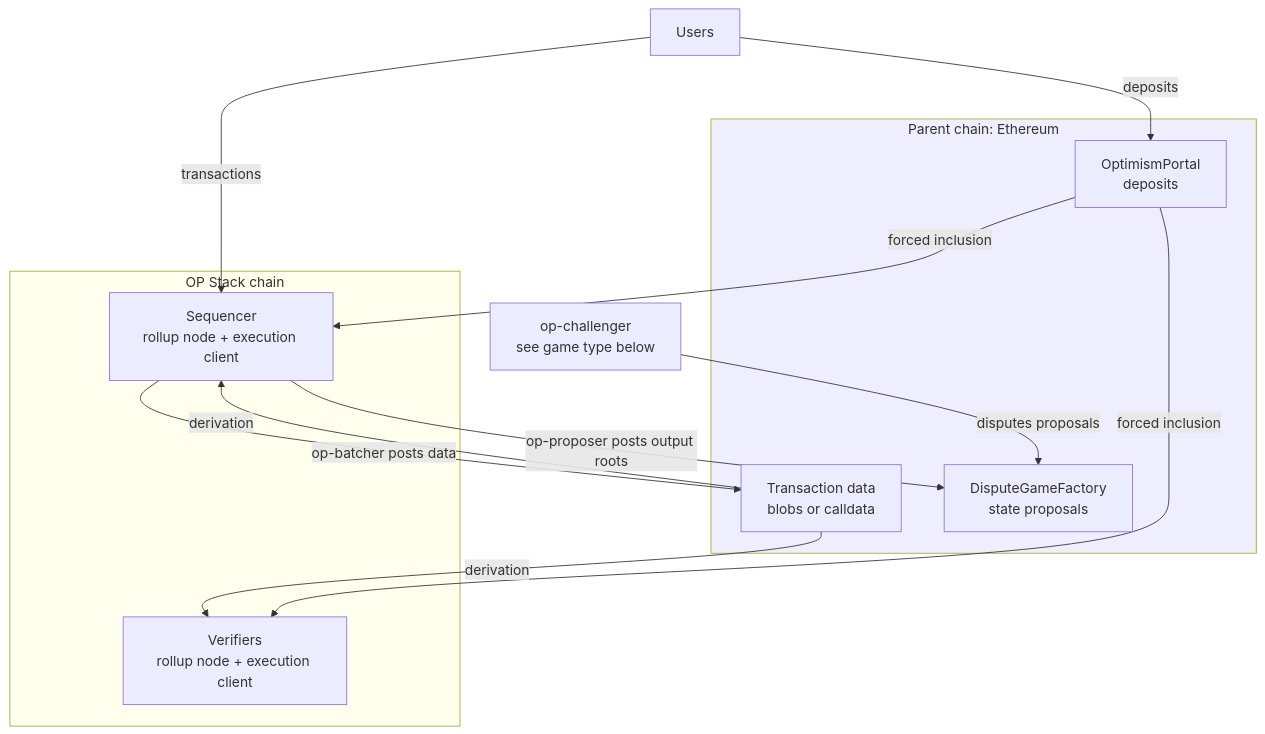
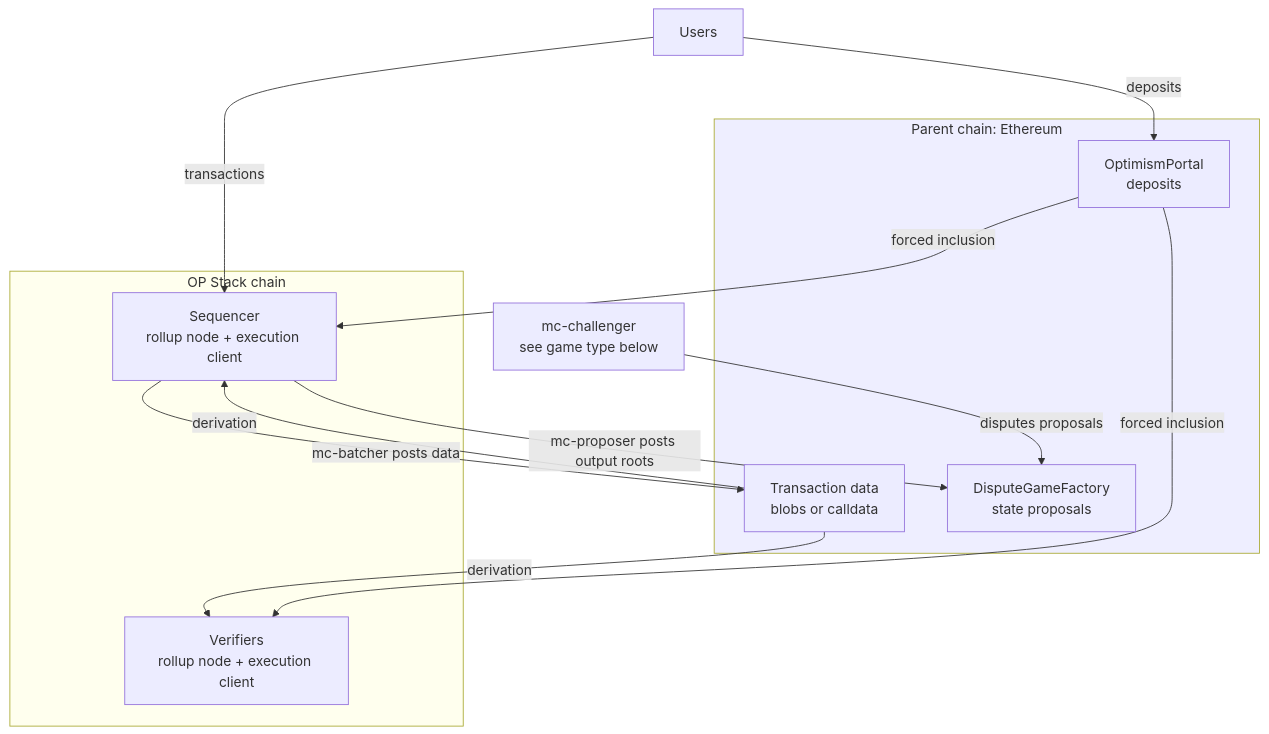
Before and after one commit to arunjot12/mind-chain: the first of 2 diagrams in docs/public-docs/op-stack/architecture.mdx, drawn with Mermaid. The commit also changed other lines of this file and 10211 other files, not shown here.

````diff
--- a/docs/public-docs/op-stack/architecture.mdx
+++ b/docs/public-docs/op-stack/architecture.mdx
@@ -48,31 +48,31 @@
 ```mermaid
 graph TB
   classDef chain fill:#FFE
   classDef l1 fill:#EEF
 
   user[Users]
 
   subgraph l1c[Parent chain: Ethereum]
     da[Transaction data<br/>blobs or calldata]
     portal[OptimismPortal<br/>deposits]
     dgf[DisputeGameFactory<br/>state proposals]
   end
 
   subgraph l2c[OP Stack chain]
     seq[Sequencer<br/>rollup node + execution client]
     ver[Verifiers<br/>rollup node + execution client]
   end
 
   user -->|transactions| seq
   user -->|deposits| portal
-  seq -->|op-batcher posts data| da
+  seq -->|mc-batcher posts data| da
   da -->|derivation| seq
   da -->|derivation| ver
   portal -->|forced inclusion| seq
   portal -->|forced inclusion| ver
-  seq -->|op-proposer posts output roots| dgf
-  chal[op-challenger<br/>see game type below] -->|disputes proposals| dgf
+  seq -->|mc-proposer posts output roots| dgf
+  chal[mc-challenger<br/>see game type below] -->|disputes proposals| dgf
 
   class l1c l1
   class l2c chain
 ```
````
